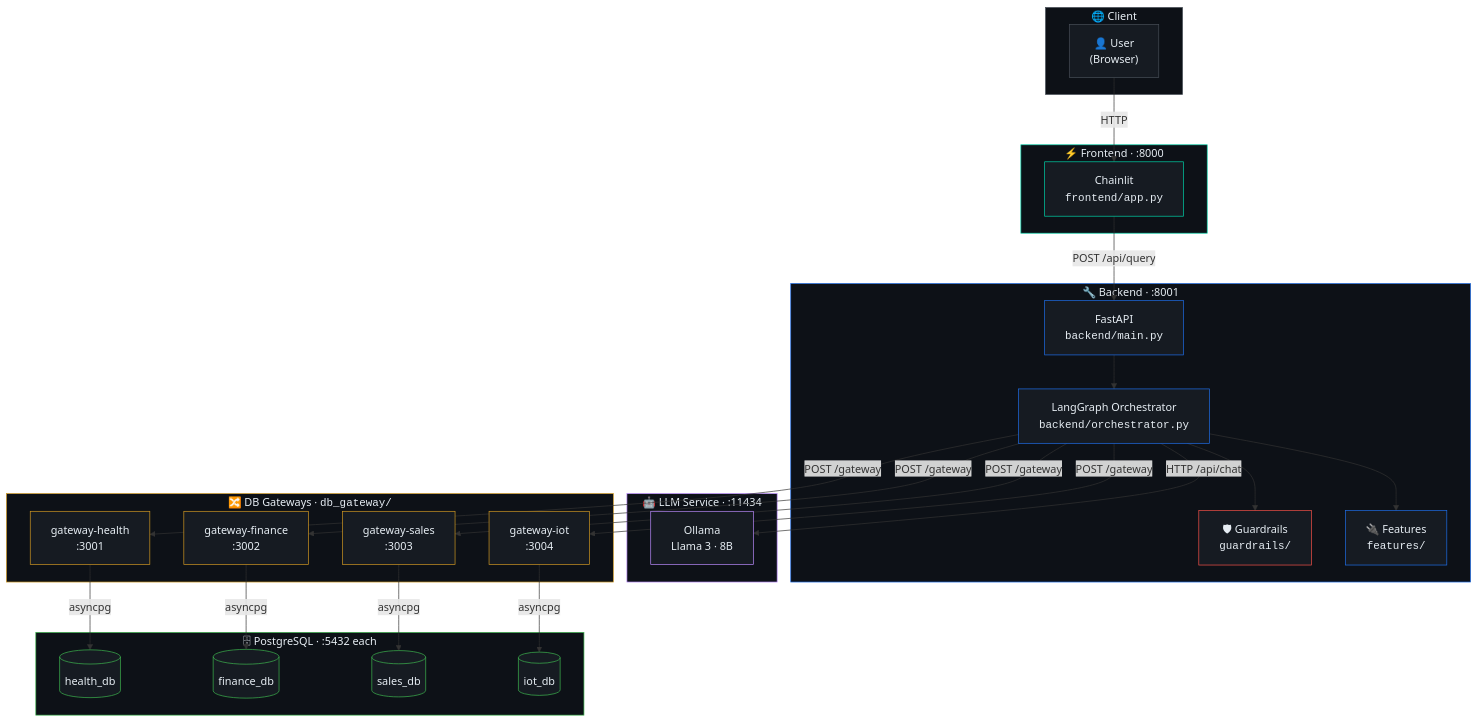
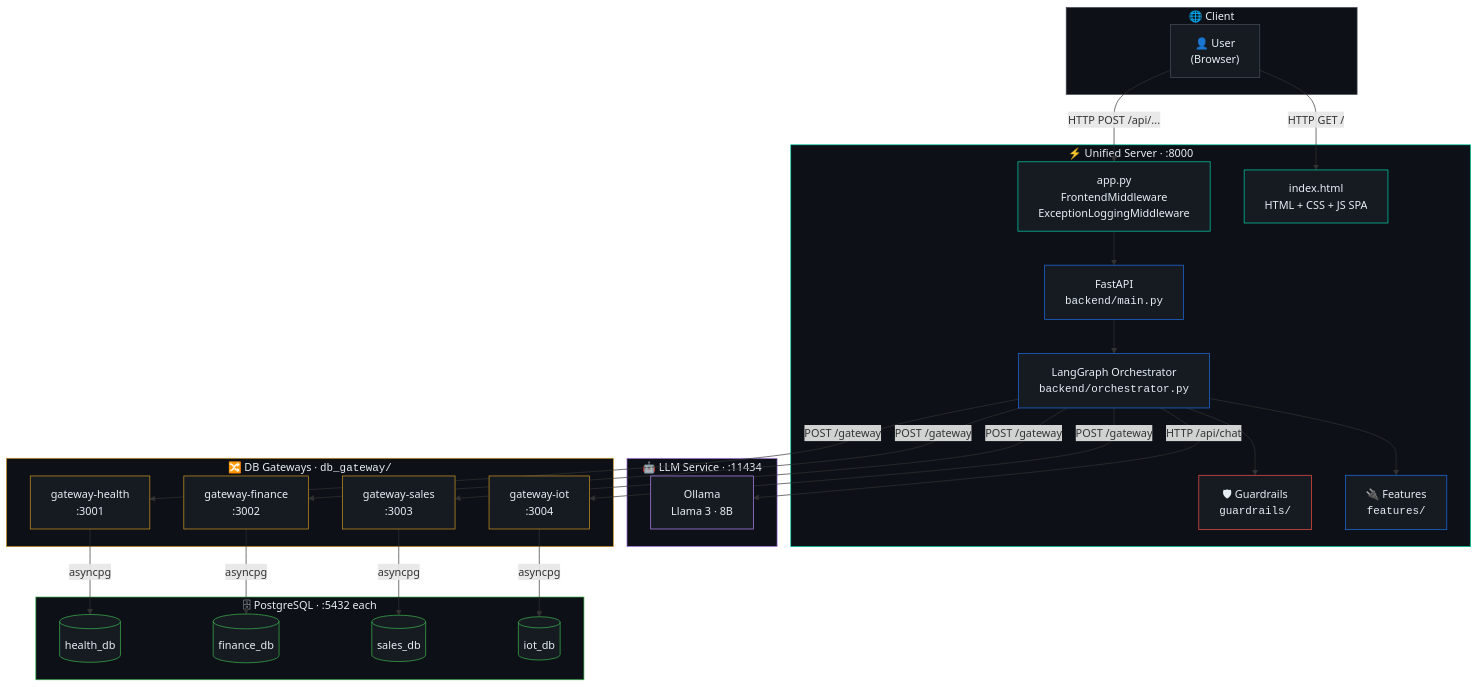
One commit to satyaki-mitra/local-bi-agent changed the first of 9 diagrams in README.md. Above: the diagram before and after it, drawn with Mermaid. The commit also changed other lines of this file and 50 other files, not shown here.

Commit message:
Orchestrator.py changed for better conversasion flows

````diff
--- a/README.md
+++ b/README.md
@@ -122,73 +136,72 @@
 ```mermaid
 graph TB
     subgraph Client["🌐  Client"]
         U["👤 User<br/>(Browser)"]
     end
 
-    subgraph FE["⚡  Frontend  ·  :8000"]
-        CL["Chainlit<br/><code>frontend/app.py</code>"]
-    end
-
-    subgraph BE["🔧  Backend  ·  :8001"]
+    subgraph APP["⚡  Unified Server  ·  :8000"]
+        APY["app.py<br/>FrontendMiddleware<br/>ExceptionLoggingMiddleware"]
+        SPA["index.html<br/>HTML + CSS + JS SPA"]
         FA["FastAPI<br/><code>backend/main.py</code>"]
         ORC["LangGraph Orchestrator<br/><code>backend/orchestrator.py</code>"]
         GRD["🛡 Guardrails<br/><code>guardrails/</code>"]
         FEAT["🔌 Features<br/><code>features/</code>"]
     end
 
     subgraph LLM_SVC["🤖  LLM Service  ·  :11434"]
         OL["Ollama<br/>Llama 3 · 8B"]
     end
 
     subgraph GWS["🔀  DB Gateways  ·  <code>db_gateway/</code>"]
         GH["gateway-health<br/>:3001"]
         GF["gateway-finance<br/>:3002"]
         GS["gateway-sales<br/>:3003"]
         GI["gateway-iot<br/>:3004"]
     end
 
     subgraph DBS["🗄  PostgreSQL  ·  :5432 each"]
         PH[("health_db")]
         PF[("finance_db")]
         PS[("sales_db")]
         PI[("iot_db")]
     end
 
-    U      -->|"HTTP"| CL
-    CL     -->|"POST /api/query"| FA
+    U      -->|"HTTP GET /"| SPA
+    U      -->|"HTTP POST /api/..."| APY
+    APY    --> FA
     FA     --> ORC
     ORC    --> GRD
     ORC    --> FEAT
     ORC    -->|"HTTP /api/chat"| OL
     ORC    -->|"POST /gateway"| GH
     ORC    -->|"POST /gateway"| GF
     ORC    -->|"POST /gateway"| GS
     ORC    -->|"POST /gateway"| GI
     GH     -->|"asyncpg"| PH
     GF     -->|"asyncpg"| PF
     GS     -->|"asyncpg"| PS
     GI     -->|"asyncpg"| PI
 
-    style Client   fill:#0D1117,stroke:#484F58,color:#E6EDF3
-    style FE       fill:#0D1117,stroke:#00D4AA,color:#E6EDF3
-    style BE       fill:#0D1117,stroke:#1F6FEB,color:#E6EDF3
-    style LLM_SVC  fill:#0D1117,stroke:#BC8CFF,color:#E6EDF3
-    style GWS      fill:#0D1117,stroke:#D29922,color:#E6EDF3
-    style DBS      fill:#0D1117,stroke:#3FB950,color:#E6EDF3
+    style Client  fill:#0D1117,stroke:#484F58,color:#E6EDF3
+    style APP     fill:#0D1117,stroke:#00D4AA,color:#E6EDF3
+    style LLM_SVC fill:#0D1117,stroke:#BC8CFF,color:#E6EDF3
+    style GWS     fill:#0D1117,stroke:#D29922,color:#E6EDF3
+    style DBS     fill:#0D1117,stroke:#3FB950,color:#E6EDF3
 
-    style U    fill:#161B22,stroke:#484F58,color:#E6EDF3
-    style CL   fill:#161B22,stroke:#00D4AA,color:#E6EDF3
-    style FA   fill:#161B22,stroke:#1F6FEB,color:#E6EDF3
-    style ORC  fill:#161B22,stroke:#1F6FEB,color:#E6EDF3
-    style GRD  fill:#161B22,stroke:#F85149,color:#E6EDF3
+    style U   fill:#161B22,stroke:#484F58,color:#E6EDF3
+    style APY fill:#161B22,stroke:#00D4AA,color:#E6EDF3
+    style SPA fill:#161B22,stroke:#00D4AA,color:#E6EDF3
+    style FA  fill:#161B22,stroke:#1F6FEB,color:#E6EDF3
+    style ORC fill:#161B22,stroke:#1F6FEB,color:#E6EDF3
+    style GRD fill:#161B22,stroke:#F85149,color:#E6EDF3
     style FEAT fill:#161B22,stroke:#1F6FEB,color:#E6EDF3
-    style OL   fill:#161B22,stroke:#BC8CFF,color:#E6EDF3
-    style GH   fill:#161B22,stroke:#D29922,color:#E6EDF3
-    style GF   fill:#161B22,stroke:#D29922,color:#E6EDF3
-    style GS   fill:#161B22,stroke:#D29922,color:#E6EDF3
-    style GI   fill:#161B22,stroke:#D29922,color:#E6EDF3
-    style PH   fill:#161B22,stroke:#3FB950,color:#E6EDF3
-    style PF   fill:#161B22,stroke:#3FB950,color:#E6EDF3
-    style PS   fill:#161B22,stroke:#3FB950,color:#E6EDF3
-    style PI   fill:#161B22,stroke:#3FB950,color:#E6EDF3
+    style OL  fill:#161B22,stroke:#BC8CFF,color:#E6EDF3
+    style GH  fill:#161B22,stroke:#D29922,color:#E6EDF3
+    style GF  fill:#161B22,stroke:#D29922,color:#E6EDF3
+    style GS  fill:#161B22,stroke:#D29922,color:#E6EDF3
+    style GI  fill:#161B22,stroke:#D29922,color:#E6EDF3
+    style PH  fill:#161B22,stroke:#3FB950,color:#E6EDF3
+    style PF  fill:#161B22,stroke:#3FB950,color:#E6EDF3
+    style PS  fill:#161B22,stroke:#3FB950,color:#E6EDF3
+    style PI  fill:#161B22,stroke:#3FB950,color:#E6EDF3
 ```
````
